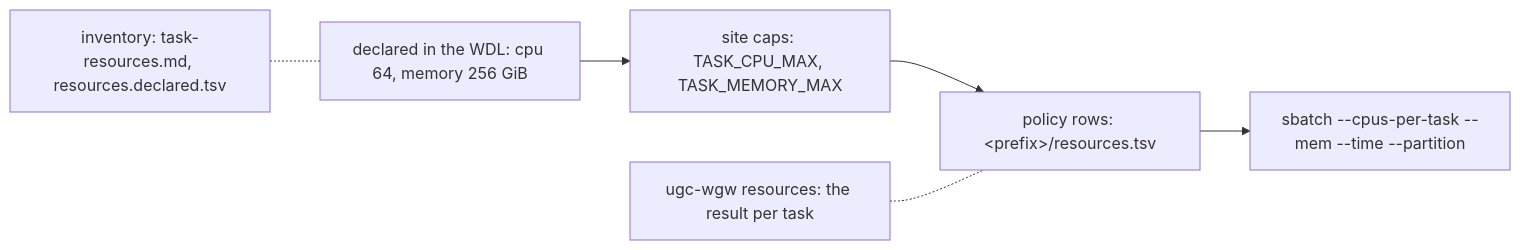
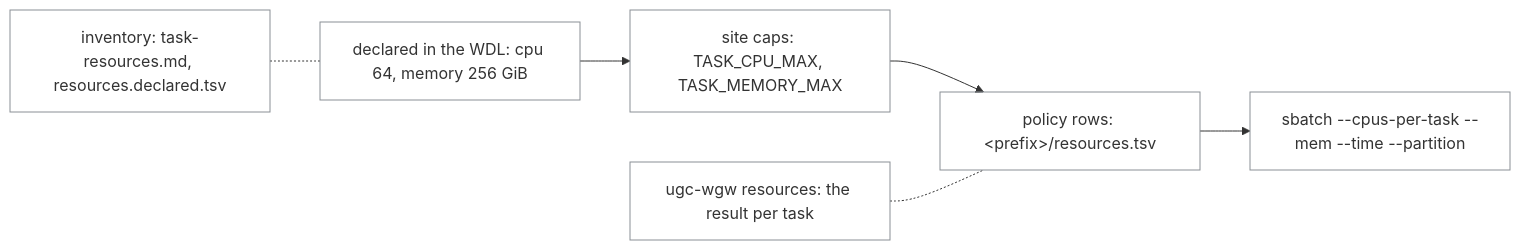
Before and after one commit to UppsalaGenomeCenter/ugc-wgw: the diagram in docs/guide/12-resources.md, drawn with Mermaid. The commit also changed 51 other files, not shown here.

````diff
--- a/docs/guide/12-resources.md
+++ b/docs/guide/12-resources.md
@@ -24,10 +24,11 @@
 ```mermaid
 flowchart LR
   wdl["declared in the WDL: cpu 64, memory 256 GiB"]
   cap["site caps: TASK_CPU_MAX, TASK_MEMORY_MAX"]
   pol["policy rows: #lt;prefix#gt;/resources.tsv"]
   sb["sbatch --cpus-per-task --mem --time --partition"]
   wdl --> cap --> pol --> sb
   inv["inventory: task-resources.md, resources.declared.tsv"] -.- wdl
   cmd["ugc-wgw resources: the result per task"] -.- pol
+  classDef default fill:none,stroke:#8a8f95
 ```
````
